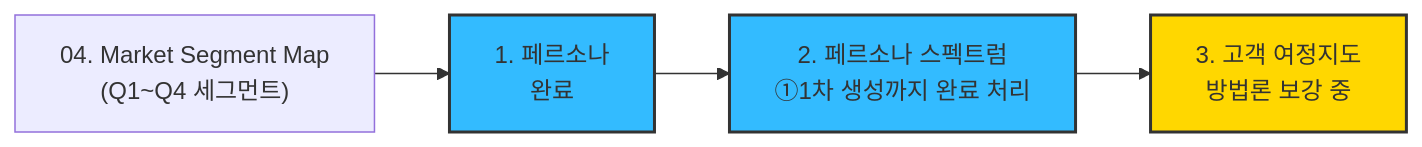
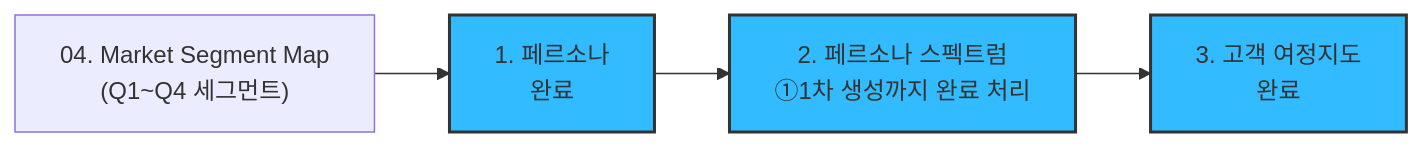
One commit to soobworks/business-research-practice changed the first of 4 diagrams in 05.persona-journey-map/1인가구한끼해결-페르소나여정/00-방법론.md. Above: the diagram before and after it, drawn with Mermaid. The commit also changed other lines of this file and 1 other file, not shown here.

````diff
--- a/05.persona-journey-map/1인가구한끼해결-페르소나여정/00-방법론.md
+++ b/05.persona-journey-map/1인가구한끼해결-페르소나여정/00-방법론.md
@@ -10,10 +10,10 @@
 ```mermaid
 flowchart LR
     A["04. Market Segment Map<br>(Q1~Q4 세그먼트)"] --> B["1. 페르소나<br>완료"]
     B --> C["2. 페르소나 스펙트럼<br>①1차 생성까지 완료 처리"]
-    C --> D["3. 고객 여정지도<br>방법론 보강 중"]
+    C --> D["3. 고객 여정지도<br>완료"]
 
     style B fill:#33BBFF,stroke:#333,stroke-width:2px
     style C fill:#33BBFF,stroke:#333,stroke-width:2px
-    style D fill:#FFD700,stroke:#333,stroke-width:2px
+    style D fill:#33BBFF,stroke:#333,stroke-width:2px
 ```
````
